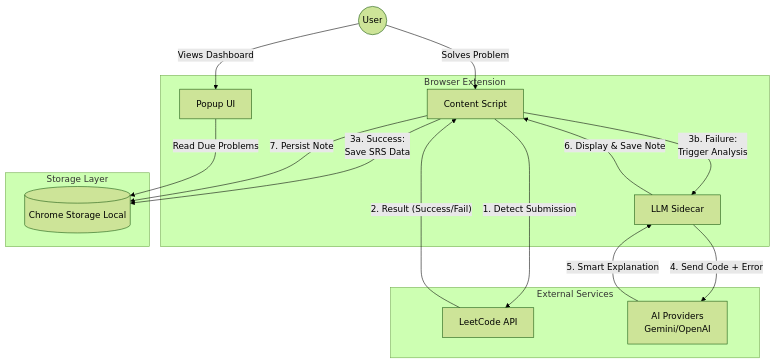
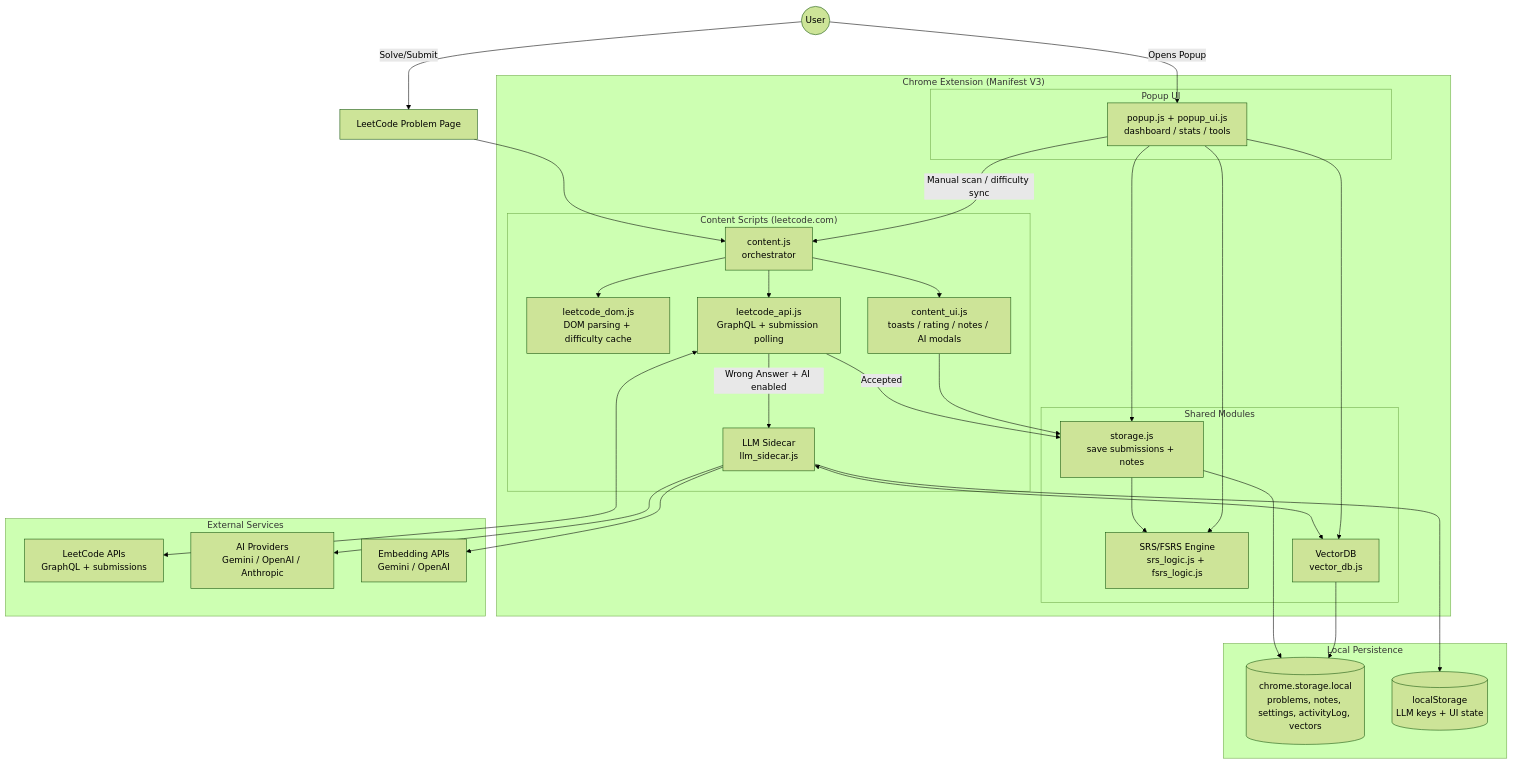
One commit to yc1838/LeetCode-Spaced-Repetition-Chrome-Extension changed the diagram in README.md. Above: the diagram before and after it, drawn with Mermaid (forest theme).

Commit message:
docs: revise README system architecture diagram to include a more detailed component breakdown.

````diff
--- a/README.md
+++ b/README.md
@@ -154,33 +154,63 @@
 ```mermaid
 graph TD
     User((User))
-    subgraph Browser Extension
-        Popup[Popup UI]
-        Content[Content Script]
-        LLM[LLM Sidecar]
-    end
-    subgraph External Services
-        LeetCode[LeetCode API]
-        AI[AI Providers <br/> Gemini/OpenAI]
-    end
-    subgraph Storage Layer
-        CS[(Chrome Storage Local)]
+    LCPage[LeetCode Problem Page]
+
+    User -- Solve/Submit --> LCPage
+
+    subgraph Extension["Chrome Extension (Manifest V3)"]
+        subgraph Content["Content Scripts (leetcode.com)"]
+            Orchestrator[content.js<br/>orchestrator]
+            DOM[leetcode_dom.js<br/>DOM parsing + difficulty cache]
+            API[leetcode_api.js<br/>GraphQL + submission polling]
+            UI[content_ui.js<br/>toasts / rating / notes / AI modals]
+            LLM[LLM Sidecar<br/>llm_sidecar.js]
+        end
+
+        subgraph Shared["Shared Modules"]
+            StorageMod[storage.js<br/>save submissions + notes]
+            SRS[SRS/FSRS Engine<br/>srs_logic.js + fsrs_logic.js]
+            VDB[VectorDB<br/>vector_db.js]
+        end
+
+        subgraph Popup["Popup UI"]
+            PopupJS[popup.js + popup_ui.js<br/>dashboard / stats / tools]
+        end
     end
 
-    User -- Solves Problem --> Content
-    Content -- 1. Detect Submission --> LeetCode
-    LeetCode -- 2. Result (Success/Fail) --> Content
-    
-    %% Success Flow
-    Content -- 3a. Success: <br/> Save SRS Data --> CS
-    
-    %% Failure Flow with AI
-    Content -- 3b. Failure: <br/> Trigger Analysis --> LLM
-    LLM -- 4. Send Code + Error --> AI
-    AI -- 5. Smart Explanation --> LLM
-    LLM -- 6. Display & Save Note --> Content
-    Content -- 7. Persist Note --> CS
+    subgraph Local["Local Persistence"]
+        CS[(chrome.storage.local<br/>problems, notes, settings, activityLog, vectors)]
+        LS[(localStorage<br/>LLM keys + UI state)]
+    end
 
-    User -- Views Dashboard --> Popup
-    Popup -- Read Due Problems --> CS
+    subgraph External["External Services"]
+        LCAPI[LeetCode APIs<br/>GraphQL + submissions]
+        AI[AI Providers<br/>Gemini / OpenAI / Anthropic]
+        Embed[Embedding APIs<br/>Gemini / OpenAI]
+    end
+
+    LCPage --> Orchestrator
+    Orchestrator --> DOM
+    Orchestrator --> API
+    Orchestrator --> UI
+
+    API <--> LCAPI
+    API -- Accepted --> StorageMod
+    API -- Wrong Answer + AI enabled --> LLM
+
+    StorageMod --> SRS
+    StorageMod --> CS
+    UI --> StorageMod
+
+    LLM --> AI
+    LLM --> Embed
+    LLM <--> VDB
+    VDB --> CS
+    LLM --> LS
+
+    User -- Opens Popup --> PopupJS
+    PopupJS --> StorageMod
+    PopupJS --> VDB
+    PopupJS --> SRS
+    PopupJS -- Manual scan / difficulty sync --> Orchestrator
 ```
````
